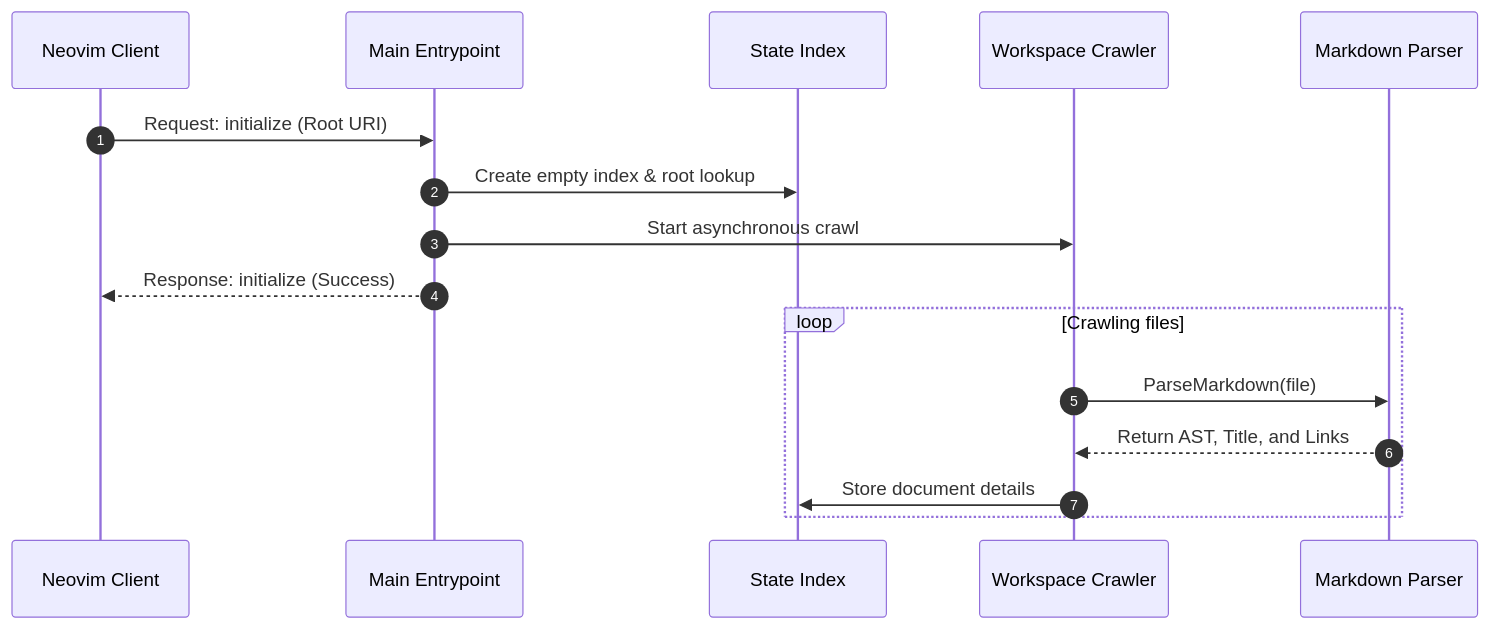
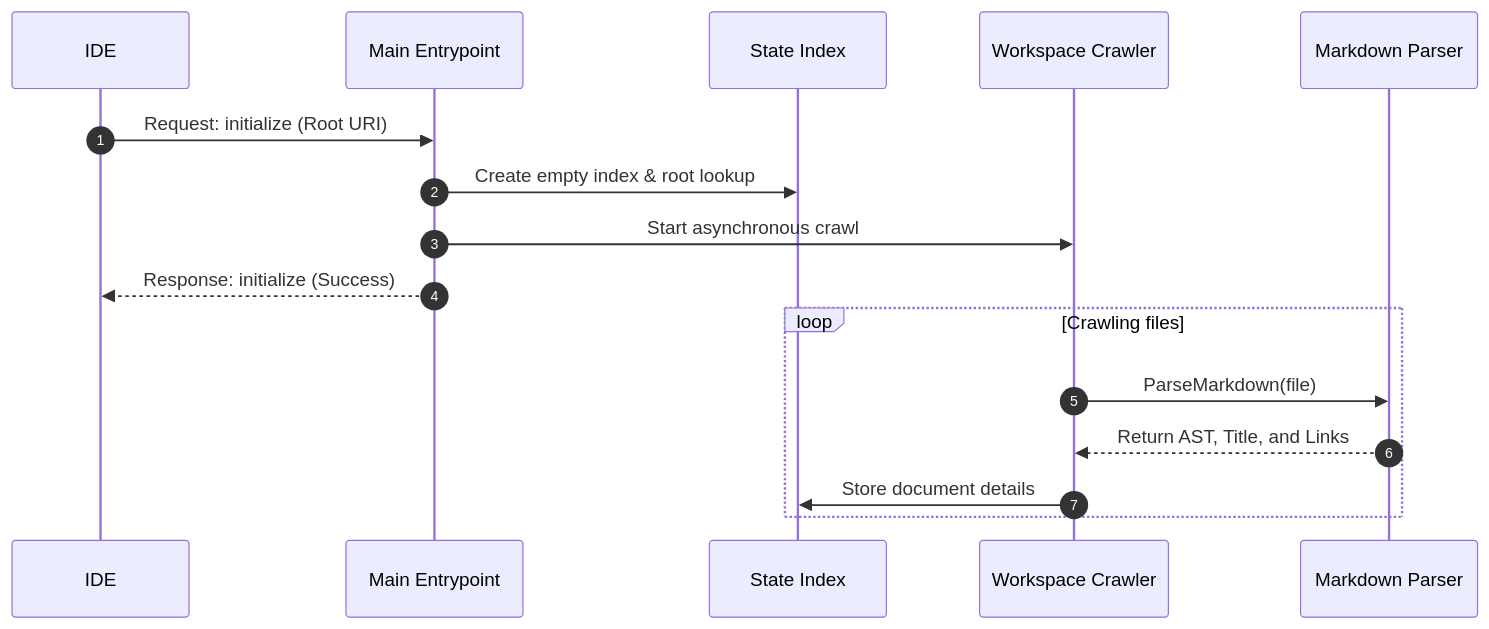
One commit to RaquerLabs/xsmd changed the first of 2 diagrams in docs/flows.md. Above: the diagram before and after it, drawn with Mermaid. The commit also changed other lines of this file and 3 other files, not shown here.

````diff
--- a/docs/flows.md
+++ b/docs/flows.md
@@ -9,20 +8,20 @@
 ```mermaid
 sequenceDiagram
     autonumber
-    participant Editor as Neovim Client
+    participant Editor as IDE
     participant Main as Main Entrypoint
     participant State as State Index
     participant Crawler as Workspace Crawler
     participant Parser as Markdown Parser
 
     Editor->>Main: Request: initialize (Root URI)
     Main->>State: Create empty index & root lookup
     Main->>Crawler: Start asynchronous crawl
     Main-->>Editor: Response: initialize (Success)
 
     loop Crawling files
         Crawler->>Parser: ParseMarkdown(file)
         Parser-->>Crawler: Return AST, Title, and Links
         Crawler->>State: Store document details
     end
 ```
````
